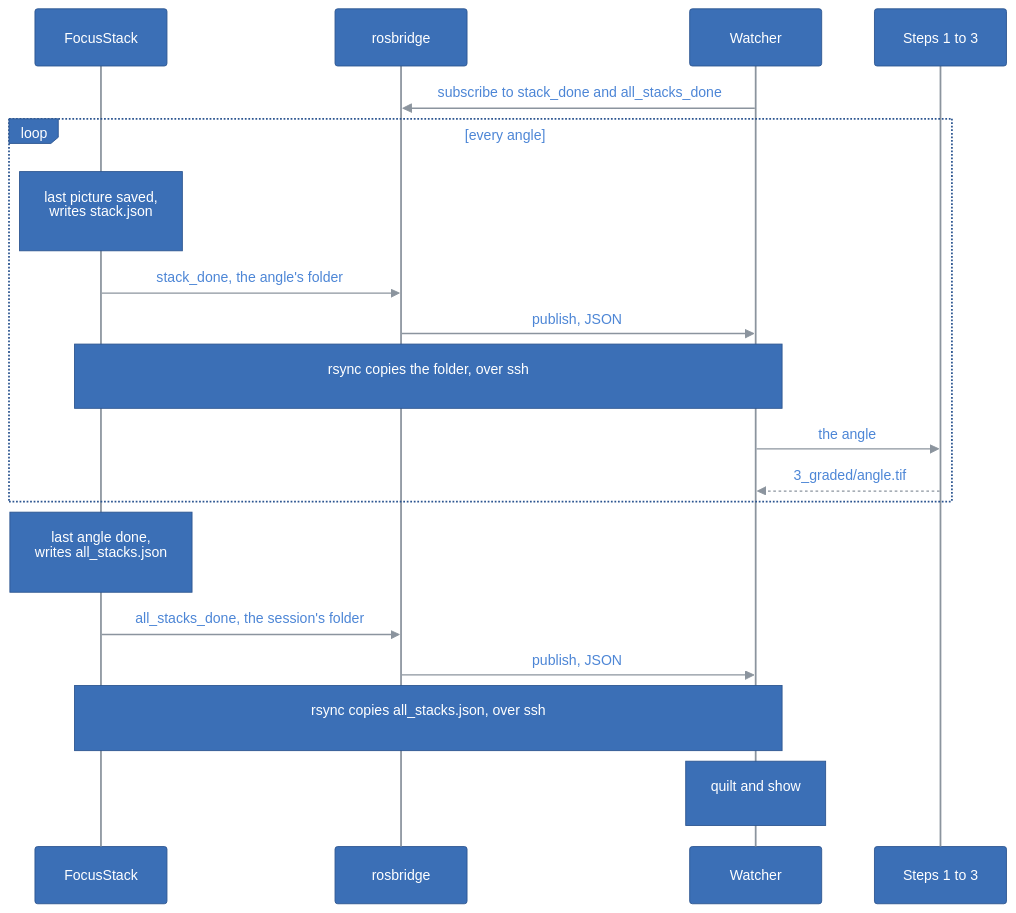
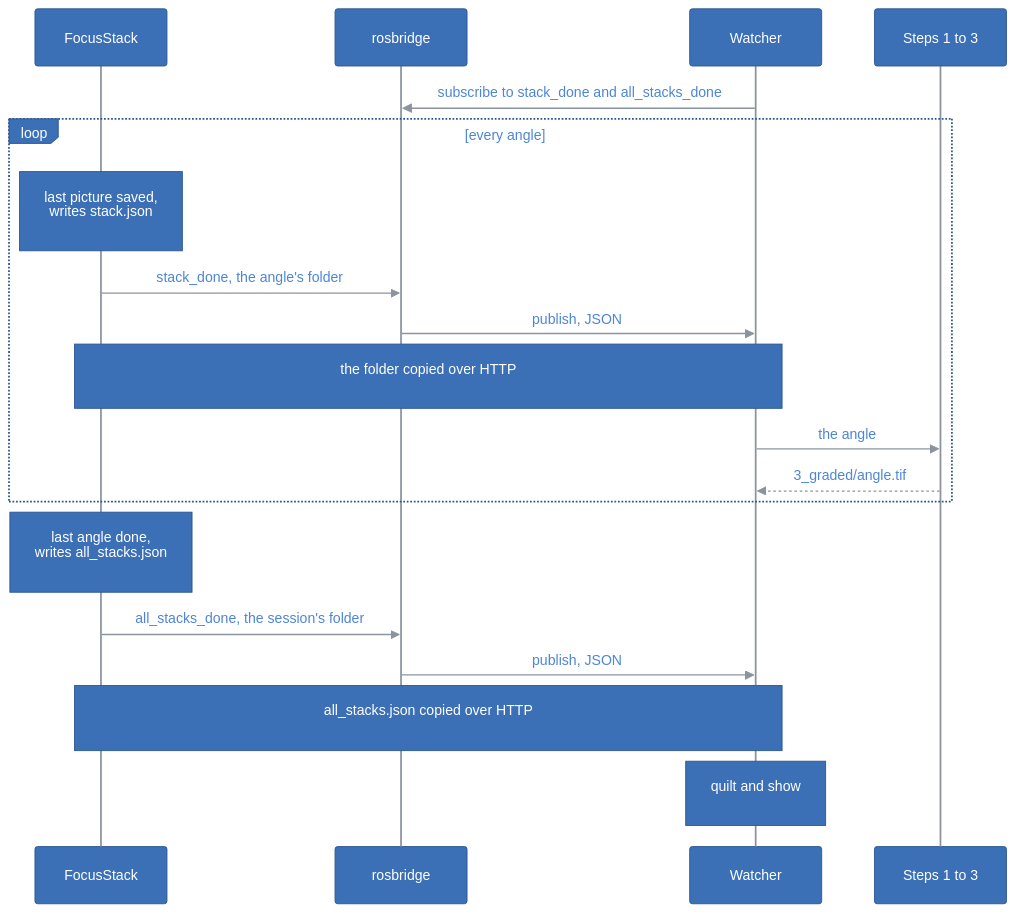
One commit to kineticsystem/stepit-stacker changed the second of 2 diagrams in docs/ARCHITECTURE.md. Above: the diagram before and after it, drawn with Mermaid. The commit also changed other lines of this file and 9 other files, not shown here.

First line of the commit message:
Copy the rig's pictures over HTTP, without ssh

````diff
--- a/docs/ARCHITECTURE.md
+++ b/docs/ARCHITECTURE.md
@@ -216,75 +218,75 @@
 ```mermaid
 ---
 config:
   theme: base
   themeCSS: ".edgeLabel p { padding: 4px 10px; }"
   flowchart:
     padding: 20
     nodeSpacing: 40
     rankSpacing: 50
   class:
     padding: 16
   sequence:
     boxMargin: 12
     boxTextMargin: 8
     noteMargin: 28
     messageMargin: 40
     actorMargin: 60
     labelBoxWidth: 56
     labelBoxHeight: 28
   themeVariables:
     primaryColor: "#3b6fb6"
     primaryTextColor: "#ffffff"
     primaryBorderColor: "#2c5590"
     lineColor: "#8b949e"
     textColor: "#4d86d6"
     actorBkg: "#3b6fb6"
     actorBorder: "#2c5590"
     actorTextColor: "#ffffff"
     actorLineColor: "#8b949e"
     signalColor: "#8b949e"
     signalTextColor: "#4d86d6"
     noteBkgColor: "#3b6fb6"
     noteTextColor: "#ffffff"
     noteBorderColor: "#2c5590"
     secondaryColor: "#3b6fb6"
     tertiaryColor: "#3b6fb6"
     clusterBkg: "transparent"
     clusterBorder: "#8b949e"
     titleColor: "#4d86d6"
     edgeLabelBackground: "#3b6fb6"
     classText: "#ffffff"
     labelBoxBkgColor: "#3b6fb6"
     labelBoxBorderColor: "#2c5590"
     labelTextColor: "#ffffff"
     loopTextColor: "#4d86d6"
     mainBkg: "#3b6fb6"
     nodeBorder: "#2c5590"
     nodeTextColor: "#ffffff"
     secondaryBorderColor: "#2c5590"
     secondaryTextColor: "#ffffff"
     tertiaryBorderColor: "#2c5590"
     tertiaryTextColor: "#ffffff"
     errorBkgColor: "#3b6fb6"
     errorTextColor: "#ffffff"
 ---
 sequenceDiagram
     participant Rig as FocusStack
     participant Rosbridge as rosbridge
     participant Watcher as Watcher
     participant Steps as Steps 1 to 3
     Watcher->>Rosbridge: subscribe to stack_done and all_stacks_done
     loop every angle
         Note over Rig: last picture saved,<br/>writes stack.json
         Rig->>Rosbridge: stack_done, the angle's folder
         Rosbridge->>Watcher: publish, JSON
-        Note over Rig,Watcher: rsync copies the folder, over ssh
+        Note over Rig,Watcher: the folder copied over HTTP
         Watcher->>Steps: the angle
         Steps-->>Watcher: 3_graded/angle.tif
     end
     Note over Rig: last angle done,<br/>writes all_stacks.json
     Rig->>Rosbridge: all_stacks_done, the session's folder
     Rosbridge->>Watcher: publish, JSON
-    Note over Rig,Watcher: rsync copies all_stacks.json, over ssh
+    Note over Rig,Watcher: all_stacks.json copied over HTTP
     Note over Watcher: quilt and show
 ```
````
